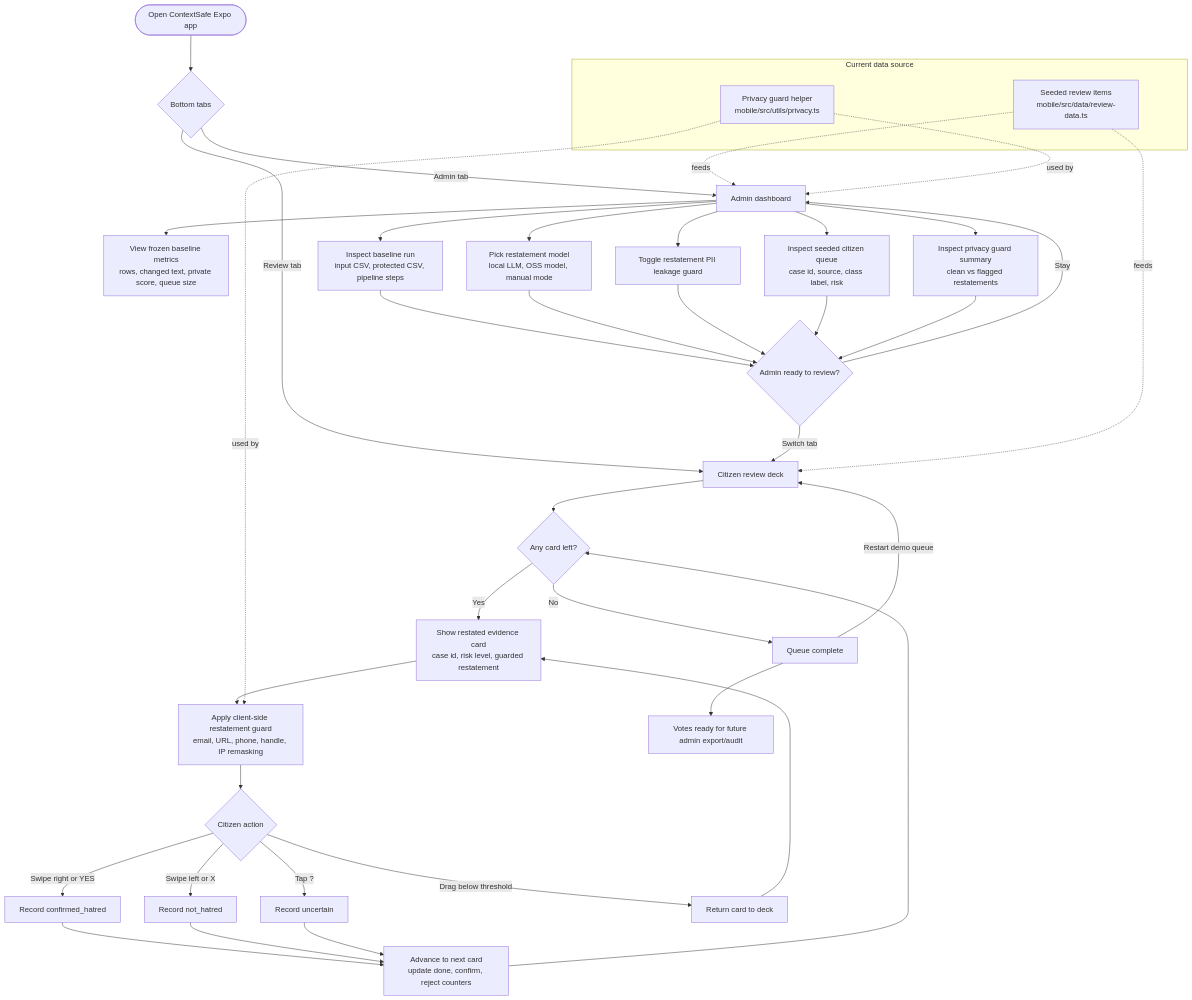
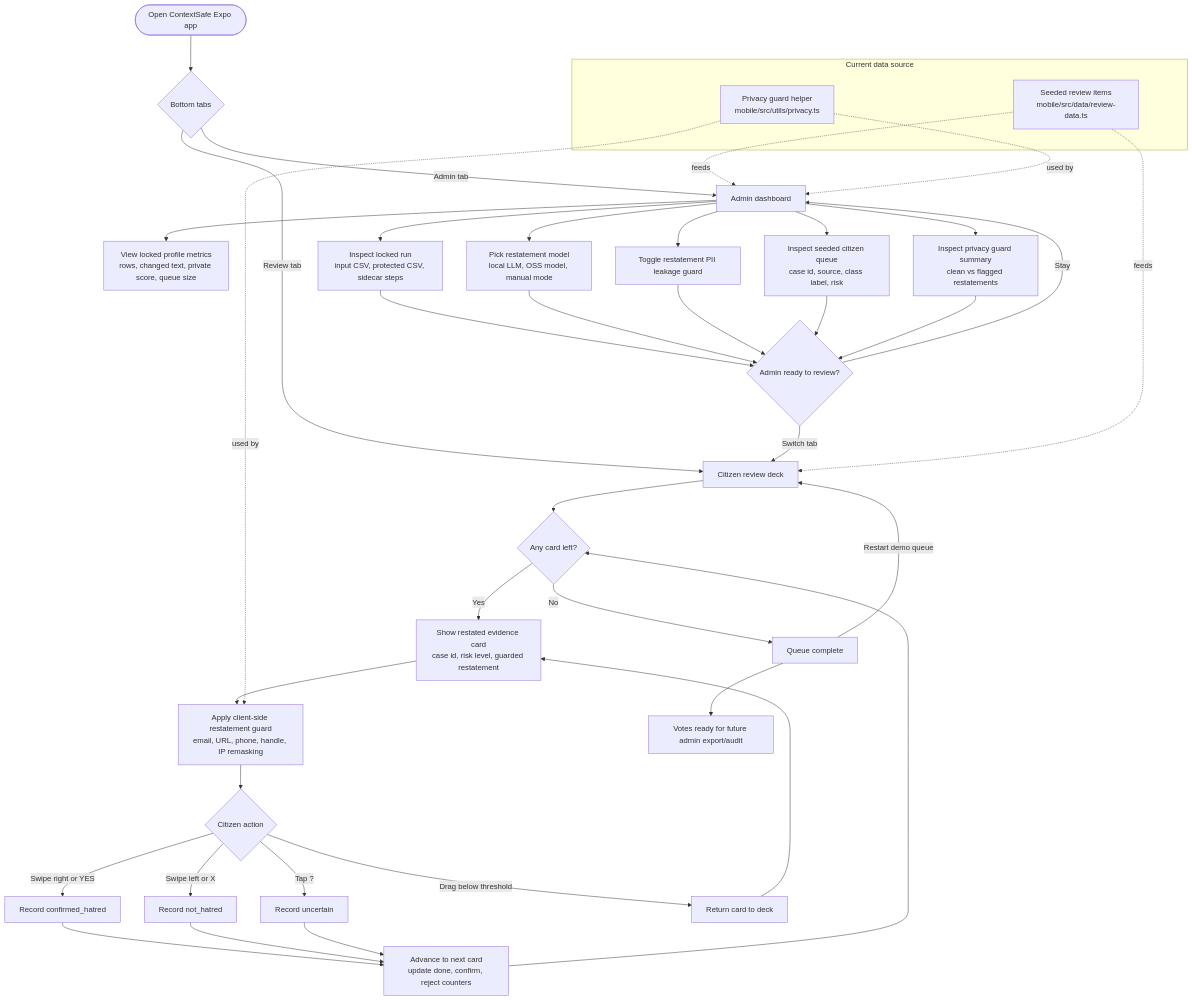
The diagram in docs/reference/mobile_user_flow.md (batinium/PrivHSD-Challenge), drawn with Mermaid before and after one commit. The commit also changed other lines of this file and 25 other files, not shown here.

````diff
--- a/docs/reference/mobile_user_flow.md
+++ b/docs/reference/mobile_user_flow.md
@@ -11,52 +11,52 @@
 ```mermaid
 flowchart TD
     Start([Open ContextSafe Expo app]) --> Tabs{Bottom tabs}
 
     Tabs -->|Admin tab| Admin[Admin dashboard]
     Tabs -->|Review tab| Review[Citizen review deck]
 
-    Admin --> Metrics[View frozen baseline metrics<br/>rows, changed text, private score, queue size]
-    Admin --> Baseline[Inspect baseline run<br/>input CSV, protected CSV, pipeline steps]
+    Admin --> Metrics[View locked profile metrics<br/>rows, changed text, private score, queue size]
+    Admin --> Baseline[Inspect locked run<br/>input CSV, protected CSV, sidecar steps]
     Admin --> Model[Pick restatement model<br/>local LLM, OSS model, manual mode]
     Admin --> GuardToggle[Toggle restatement PII leakage guard]
     Admin --> Queue[Inspect seeded citizen queue<br/>case id, source, class label, risk]
     Admin --> GuardAudit[Inspect privacy guard summary<br/>clean vs flagged restatements]
 
     Baseline --> AdminDecision{Admin ready to review?}
     Model --> AdminDecision
     GuardToggle --> AdminDecision
     Queue --> AdminDecision
     GuardAudit --> AdminDecision
     AdminDecision -->|Switch tab| Review
     AdminDecision -->|Stay| Admin
 
     Review --> LoadCard{Any card left?}
     LoadCard -->|Yes| Card[Show restated evidence card<br/>case id, risk level, guarded restatement]
     Card --> Guard[Apply client-side restatement guard<br/>email, URL, phone, handle, IP remasking]
     Guard --> UserChoice{Citizen action}
 
     UserChoice -->|Swipe right or YES| Confirm[Record confirmed_hatred]
     UserChoice -->|Swipe left or X| Reject[Record not_hatred]
     UserChoice -->|Tap ?| Uncertain[Record uncertain]
     UserChoice -->|Drag below threshold| Reset[Return card to deck]
 
     Reset --> Card
     Confirm --> Advance[Advance to next card<br/>update done, confirm, reject counters]
     Reject --> Advance
     Uncertain --> Advance
     Advance --> LoadCard
 
     LoadCard -->|No| Complete[Queue complete]
     Complete --> ExportReady[Votes ready for future admin export/audit]
     Complete -->|Restart demo queue| Review
 
     subgraph CurrentData[Current data source]
       Seed[Seeded review items<br/>mobile/src/data/review-data.ts]
       Privacy[Privacy guard helper<br/>mobile/src/utils/privacy.ts]
     end
 
     Seed -.feeds.-> Admin
     Seed -.feeds.-> Review
     Privacy -.used by.-> Admin
     Privacy -.used by.-> Guard
 ```
````
